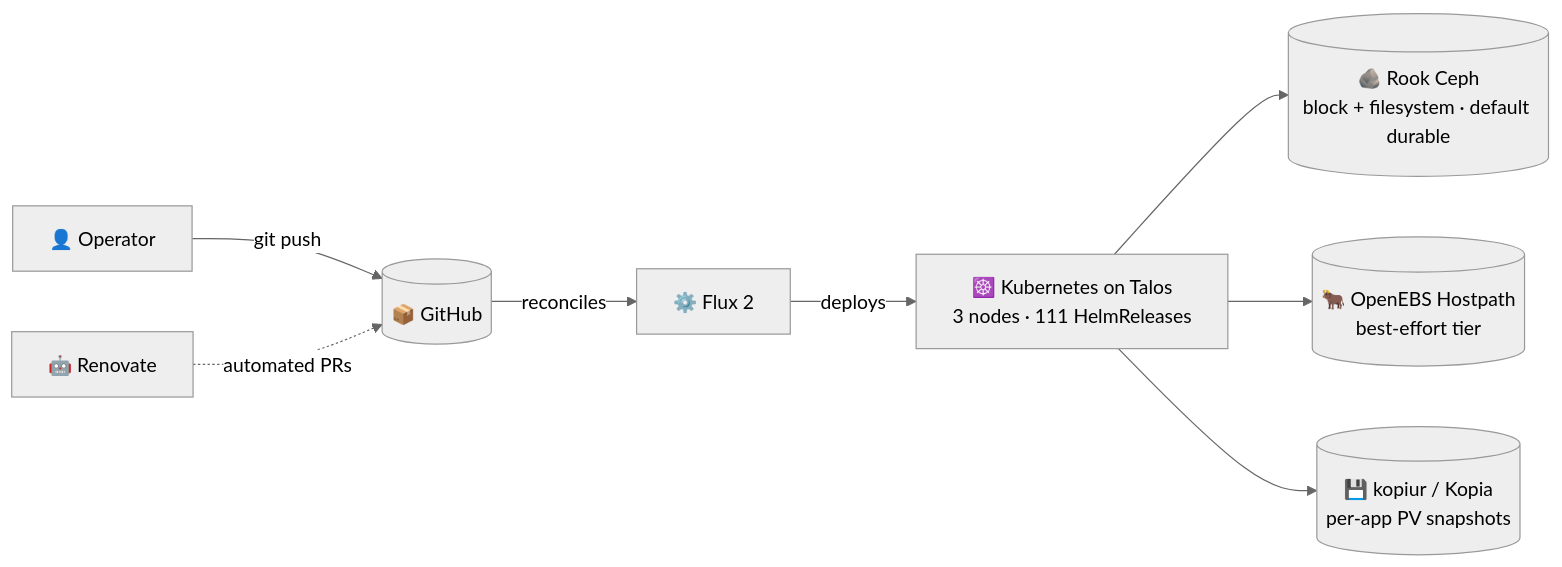
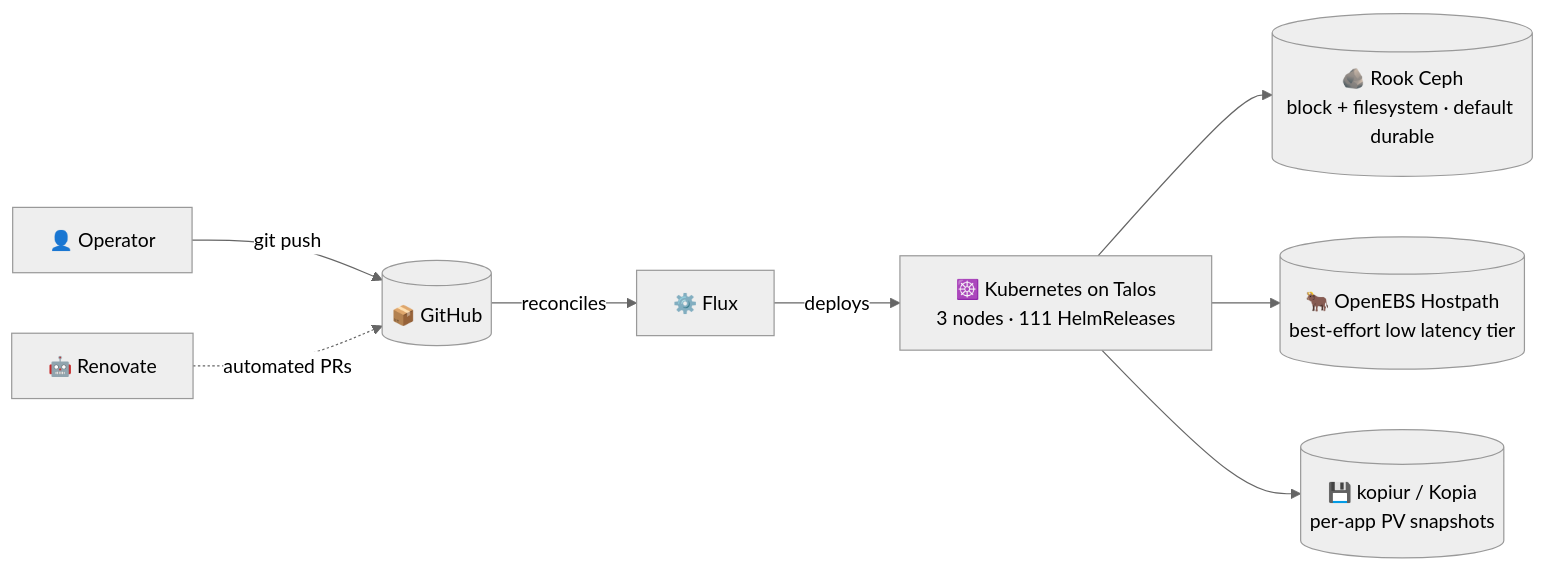
The first of 2 diagrams in README.md (Tanguille/cluster), drawn with Mermaid (neutral theme) before and after one commit. The commit also changed other lines of this file, not shown here.

````diff
--- a/README.md
+++ b/README.md
@@ -52,12 +43,12 @@
 ```mermaid
 flowchart LR
-    Dev[👤 Operator] -->|git push| Repo[(📦 GitHub)]
+    Tanguille[👤 Operator] -->|git push| Repo[(📦 GitHub)]
     Renovate[🤖 Renovate] -.->|automated PRs| Repo
-    Repo -->|reconciles| Flux[⚙️ Flux 2]
+    Repo -->|reconciles| Flux[⚙️ Flux]
     Flux -->|deploys| Cluster[☸️ Kubernetes on Talos<br/>3 nodes · 111 HelmReleases]
 
     Cluster --> Ceph[(🪨 Rook Ceph<br/>block + filesystem · default durable)]
-    Cluster --> OEP[(🐂 OpenEBS Hostpath<br/>best-effort tier)]
+    Cluster --> OEP[(🐂 OpenEBS Hostpath<br/>best-effort low latency tier)]
 
     Cluster --> KB[(💾 kopiur / Kopia<br/>per-app PV snapshots)]
 ```
````
